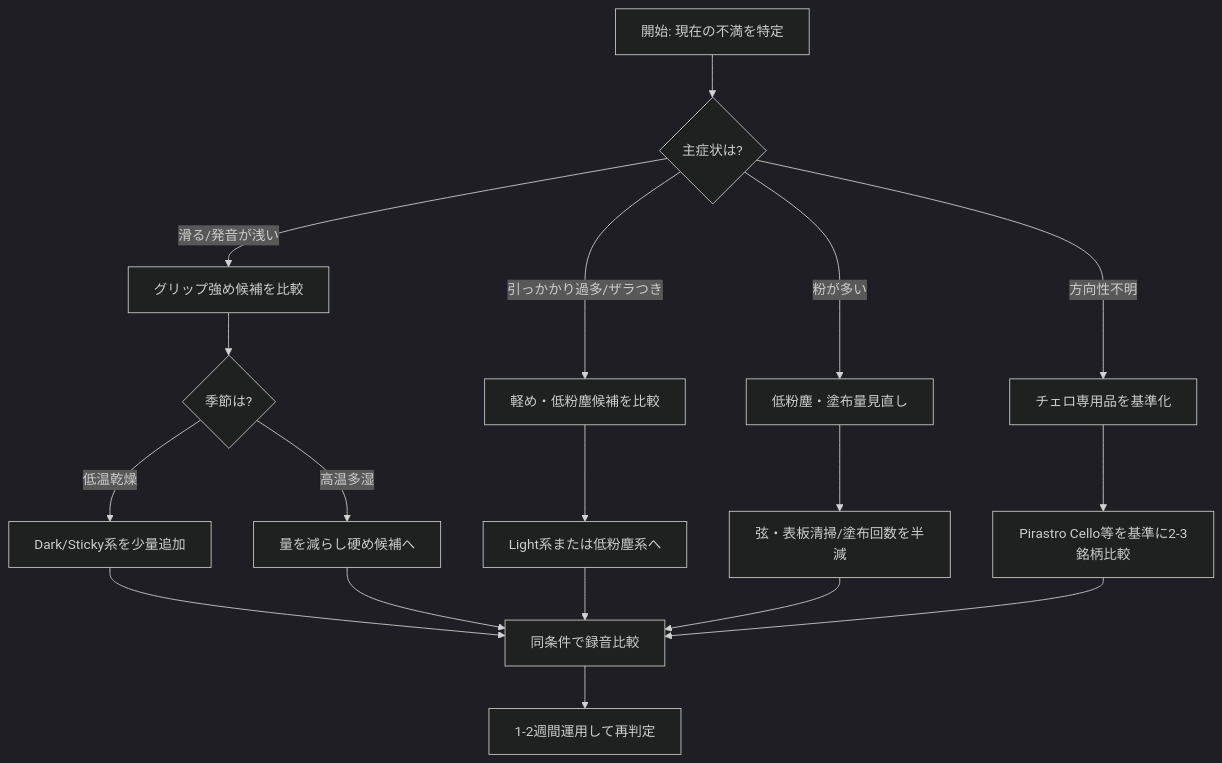
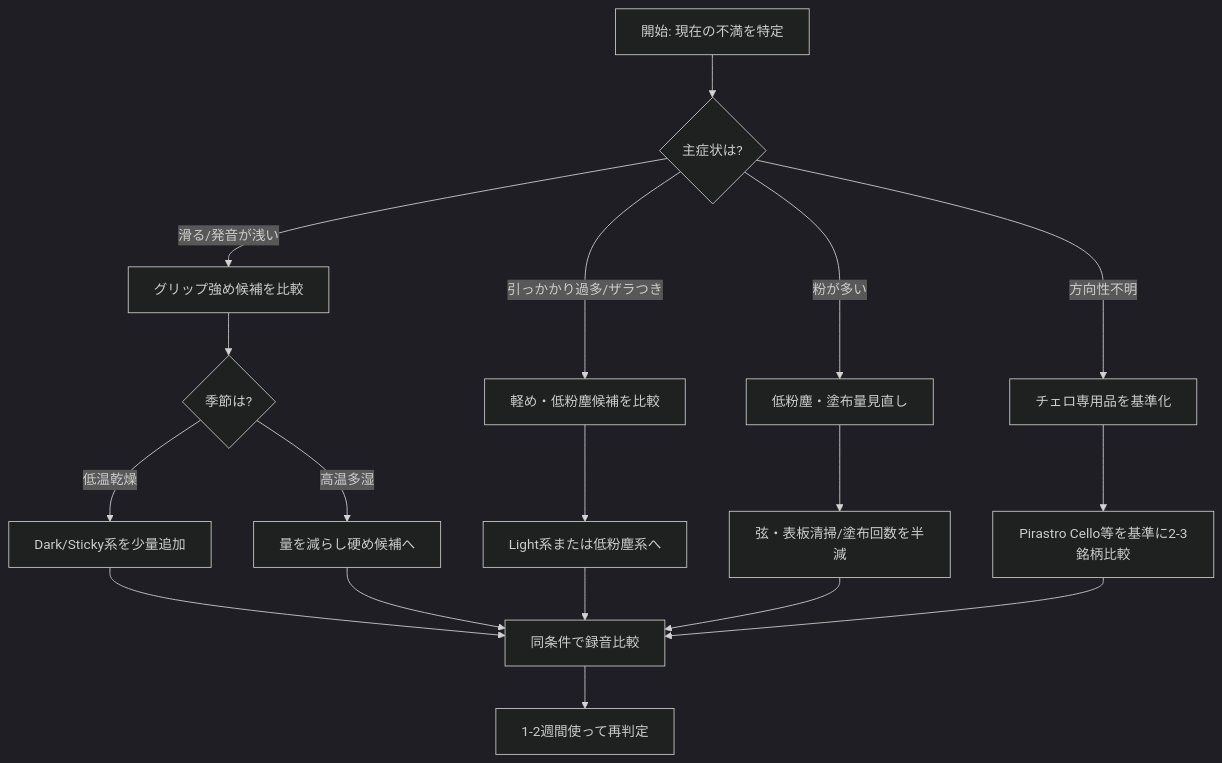
One commit to arscombinatoria/cello-parts-log changed the diagram in docs/rosin/major-rosins.md. Above: the diagram before and after it, drawn with Mermaid (dark theme). The commit also changed other lines of this file and 41 other files, not shown here.

````diff
--- a/docs/rosin/major-rosins.md
+++ b/docs/rosin/major-rosins.md
@@ -44,23 +44,23 @@
 ```mermaid
 flowchart TD
   A[開始: 現在の不満を特定] --> B{主症状は?}
   B -->|滑る/発音が浅い| C[グリップ強め候補を比較]
   B -->|引っかかり過多/ザラつき| D[軽め・低粉塵候補を比較]
   B -->|粉が多い| E[低粉塵・塗布量見直し]
   B -->|方向性不明| F[チェロ専用品を基準化]
 
   C --> G{季節は?}
   G -->|低温乾燥| H[Dark/Sticky系を少量追加]
   G -->|高温多湿| I[量を減らし硬め候補へ]
 
   D --> J[Light系または低粉塵系へ]
   E --> K[弦・表板清掃/塗布回数を半減]
   F --> L[Pirastro Cello等を基準に2-3銘柄比較]
 
   H --> M[同条件で録音比較]
   I --> M
   J --> M
   K --> M
   L --> M
-  M --> N[1-2週間運用して再判定]
+  M --> N[1-2週間使って再判定]
 ```
````
